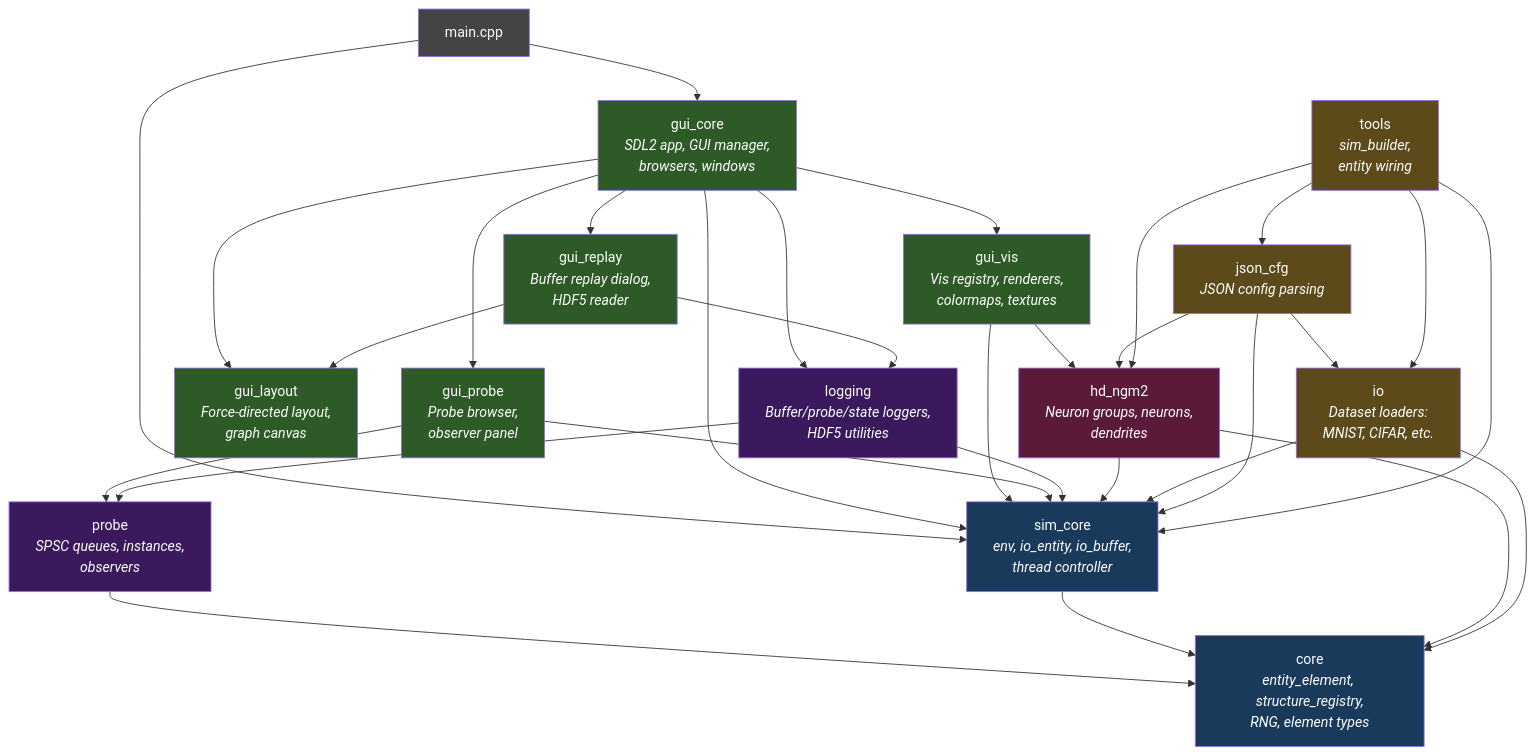
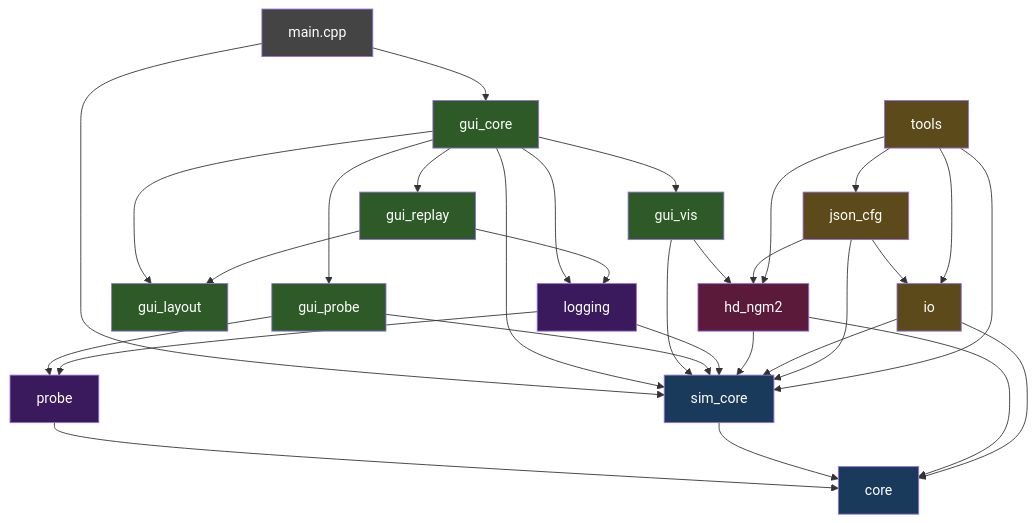
Before and after one commit to policecar/coast: the diagram in docs/content/architecture/_index.md, drawn with Mermaid. The commit also changed 6 other files, not shown here.

First line of the commit message:
fix: replace mermaid shortcodes with fenced code blocks

````diff
--- a/docs/content/architecture/_index.md
+++ b/docs/content/architecture/_index.md
@@ -12,62 +12,62 @@
-{{< mermaid >}}
+```mermaid
 graph TD
-    main[main.cpp] --> gui_core
+    main["main.cpp"] --> gui_core
     main --> sim_core
 
-    gui_core[gui_core<br/><i>SDL2 app, GUI manager,<br/>browsers, windows</i>] --> gui_vis
+    gui_core["gui_core"] --> gui_vis
     gui_core --> gui_probe
     gui_core --> gui_replay
     gui_core --> gui_layout
     gui_core --> sim_core
     gui_core --> logging
 
-    gui_vis[gui_vis<br/><i>Vis registry, renderers,<br/>colormaps, textures</i>] --> sim_core
+    gui_vis["gui_vis"] --> sim_core
     gui_vis --> hd_ngm2
 
-    gui_probe[gui_probe<br/><i>Probe browser,<br/>observer panel</i>] --> probe
+    gui_probe["gui_probe"] --> probe
     gui_probe --> sim_core
 
-    gui_replay[gui_replay<br/><i>Buffer replay dialog,<br/>HDF5 reader</i>] --> gui_layout
+    gui_replay["gui_replay"] --> gui_layout
     gui_replay --> logging
 
-    gui_layout[gui_layout<br/><i>Force-directed layout,<br/>graph canvas</i>]
+    gui_layout["gui_layout"]
 
-    probe[probe<br/><i>SPSC queues, instances,<br/>observers</i>] --> core
+    probe["probe"] --> core
 
-    logging[logging<br/><i>Buffer/probe/state loggers,<br/>HDF5 utilities</i>] --> sim_core
+    logging["logging"] --> sim_core
     logging --> probe
 
-    sim_core[sim_core<br/><i>env, io_entity, io_buffer,<br/>thread controller</i>] --> core
+    sim_core["sim_core"] --> core
 
-    hd_ngm2[hd_ngm2<br/><i>Neuron groups, neurons,<br/>dendrites</i>] --> sim_core
+    hd_ngm2["hd_ngm2"] --> sim_core
     hd_ngm2 --> core
 
-    io[io<br/><i>Dataset loaders:<br/>MNIST, CIFAR, etc.</i>] --> sim_core
+    io["io"] --> sim_core
     io --> core
 
-    json_cfg[json_cfg<br/><i>JSON config parsing</i>] --> sim_core
+    json_cfg["json_cfg"] --> sim_core
     json_cfg --> hd_ngm2
     json_cfg --> io
 
-    tools[tools<br/><i>sim_builder,<br/>entity wiring</i>] --> sim_core
+    tools["tools"] --> sim_core
     tools --> json_cfg
     tools --> hd_ngm2
     tools --> io
 
-    core[core<br/><i>entity_element, structure_registry,<br/>RNG, element types</i>]
+    core["core"]
 
     style main fill:#444,color:#fff
     style gui_core fill:#2d5a27,color:#fff
     style gui_vis fill:#2d5a27,color:#fff
     style gui_probe fill:#2d5a27,color:#fff
     style gui_replay fill:#2d5a27,color:#fff
     style gui_layout fill:#2d5a27,color:#fff
     style sim_core fill:#1a3a5c,color:#fff
     style hd_ngm2 fill:#5c1a3a,color:#fff
     style io fill:#5c4a1a,color:#fff
     style probe fill:#3a1a5c,color:#fff
     style logging fill:#3a1a5c,color:#fff
     style json_cfg fill:#5c4a1a,color:#fff
     style tools fill:#5c4a1a,color:#fff
     style core fill:#1a3a5c,color:#fff
-{{< /mermaid >}}
+```
````
